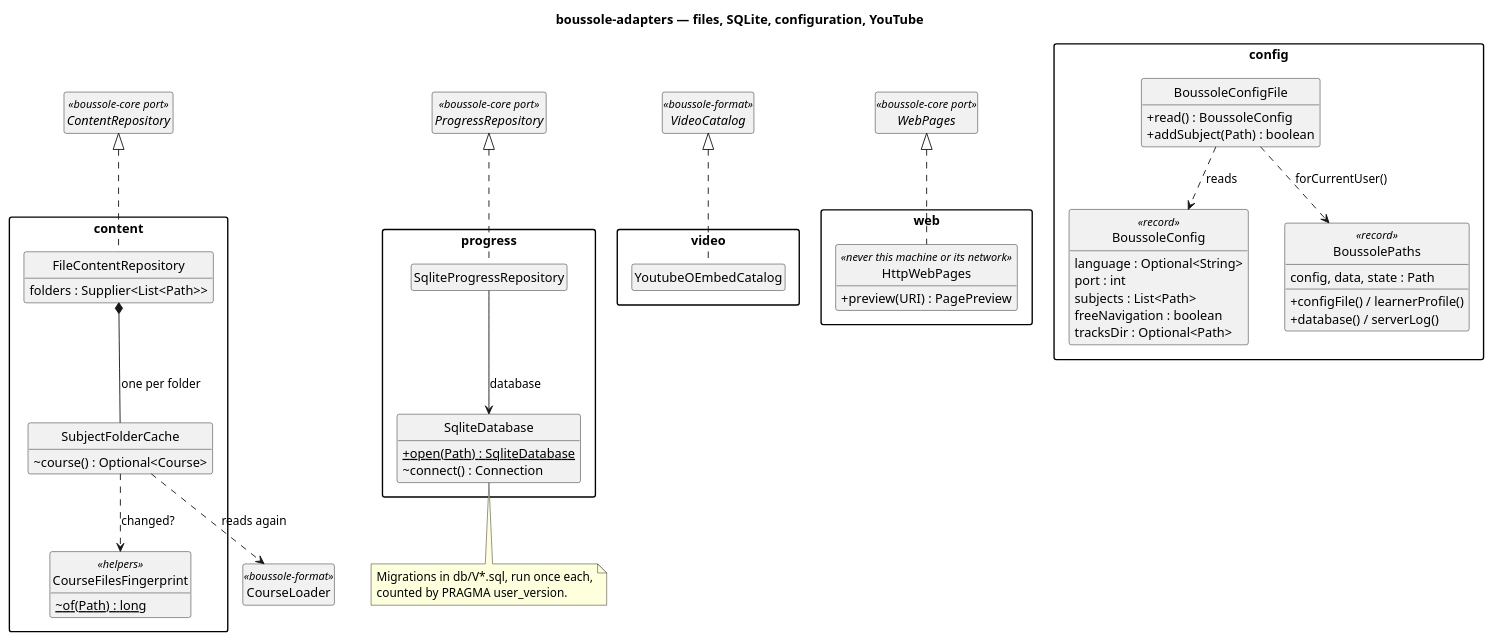
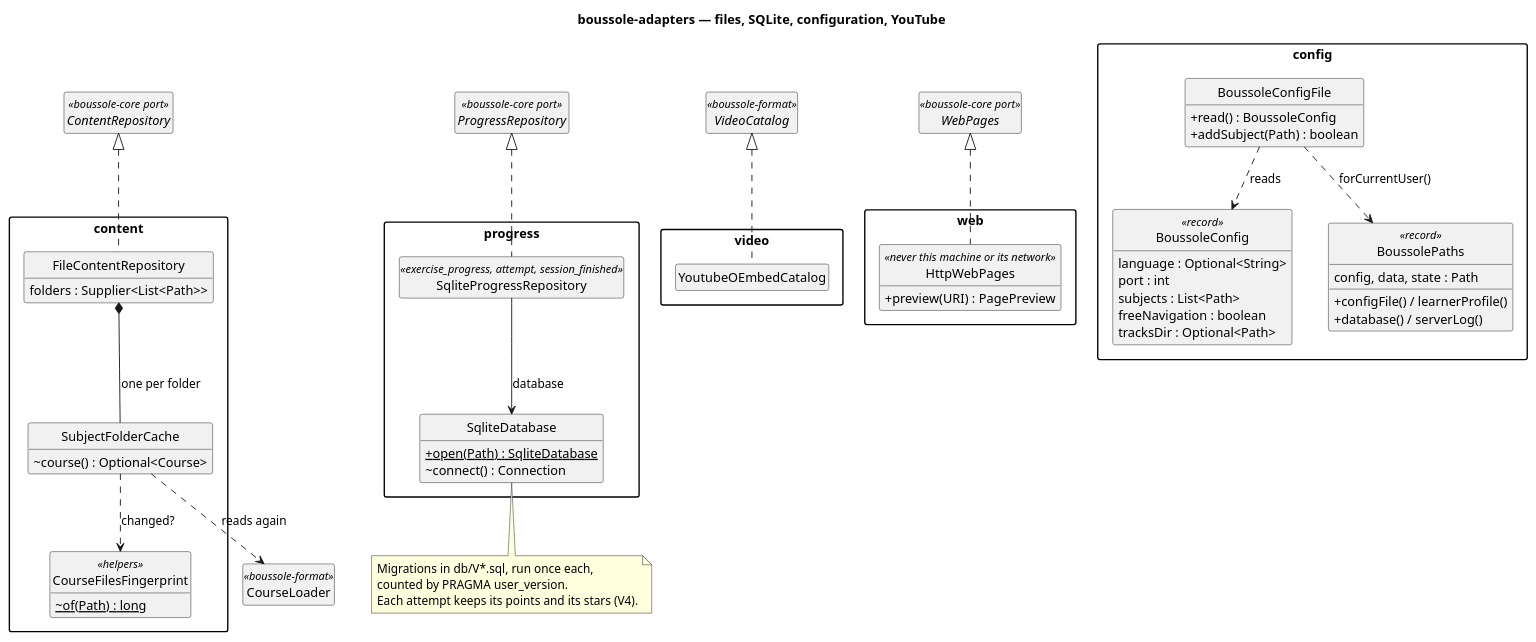
Before and after one commit to lucasssoh/Boussole: the diagram in docs/diagrams/60-adapters.puml, drawn with PlantUML. The commit also changed 49 other files, not shown here.

First line of the commit message:
Web : [player] up to three stars say how much of each answer was right

```diff
--- a/docs/diagrams/60-adapters.puml
+++ b/docs/diagrams/60-adapters.puml
@@ -1,80 +1,81 @@
 @startuml 60-adapters
 skinparam packageStyle rectangle
 skinparam classAttributeIconSize 0
 skinparam nodesep 40
 skinparam ranksep 50
 hide empty members
 hide circle
 title boussole-adapters — files, SQLite, configuration, YouTube
 
 package "content" {
   class FileContentRepository {
     folders : Supplier<List<Path>>
   }
   class SubjectFolderCache {
     ~course() : Optional<Course>
   }
   class CourseFilesFingerprint <<helpers>> {
     ~{static} of(Path) : long
   }
 }
 
 package "progress" {
-  class SqliteProgressRepository
+  class SqliteProgressRepository <<exercise_progress, attempt, session_finished>>
   class SqliteDatabase {
     +{static} open(Path) : SqliteDatabase
     ~connect() : Connection
   }
 }
 
 package "config" {
   class BoussoleConfigFile {
     +read() : BoussoleConfig
     +addSubject(Path) : boolean
   }
   class BoussoleConfig <<record>> {
     language : Optional<String>
     port : int
     subjects : List<Path>
     freeNavigation : boolean
     tracksDir : Optional<Path>
   }
   class BoussolePaths <<record>> {
     config, data, state : Path
     +configFile() / learnerProfile()
     +database() / serverLog()
   }
 }
 
 package "video" {
   class YoutubeOEmbedCatalog
 }
 
 package "web" {
   class HttpWebPages <<never this machine or its network>> {
     +preview(URI) : PagePreview
   }
 }
 
 interface ContentRepository <<boussole-core port>>
 interface ProgressRepository <<boussole-core port>>
 interface VideoCatalog <<boussole-format>>
 interface WebPages <<boussole-core port>>
 class CourseLoader <<boussole-format>>
 
 ContentRepository <|.. FileContentRepository
 WebPages <|.. HttpWebPages
 FileContentRepository *-- SubjectFolderCache : one per folder
 SubjectFolderCache ..> CourseFilesFingerprint : changed?
 SubjectFolderCache ..> CourseLoader : reads again
 ProgressRepository <|.. SqliteProgressRepository
 SqliteProgressRepository --> SqliteDatabase : database
 VideoCatalog <|.. YoutubeOEmbedCatalog
 BoussoleConfigFile ..> BoussoleConfig : reads
 BoussoleConfigFile ..> BoussolePaths : forCurrentUser()
 
 note bottom of SqliteDatabase
   Migrations in db/V*.sql, run once each,
   counted by PRAGMA user_version.
+  Each attempt keeps its points and its stars (V4).
 end note
 @enduml
```
